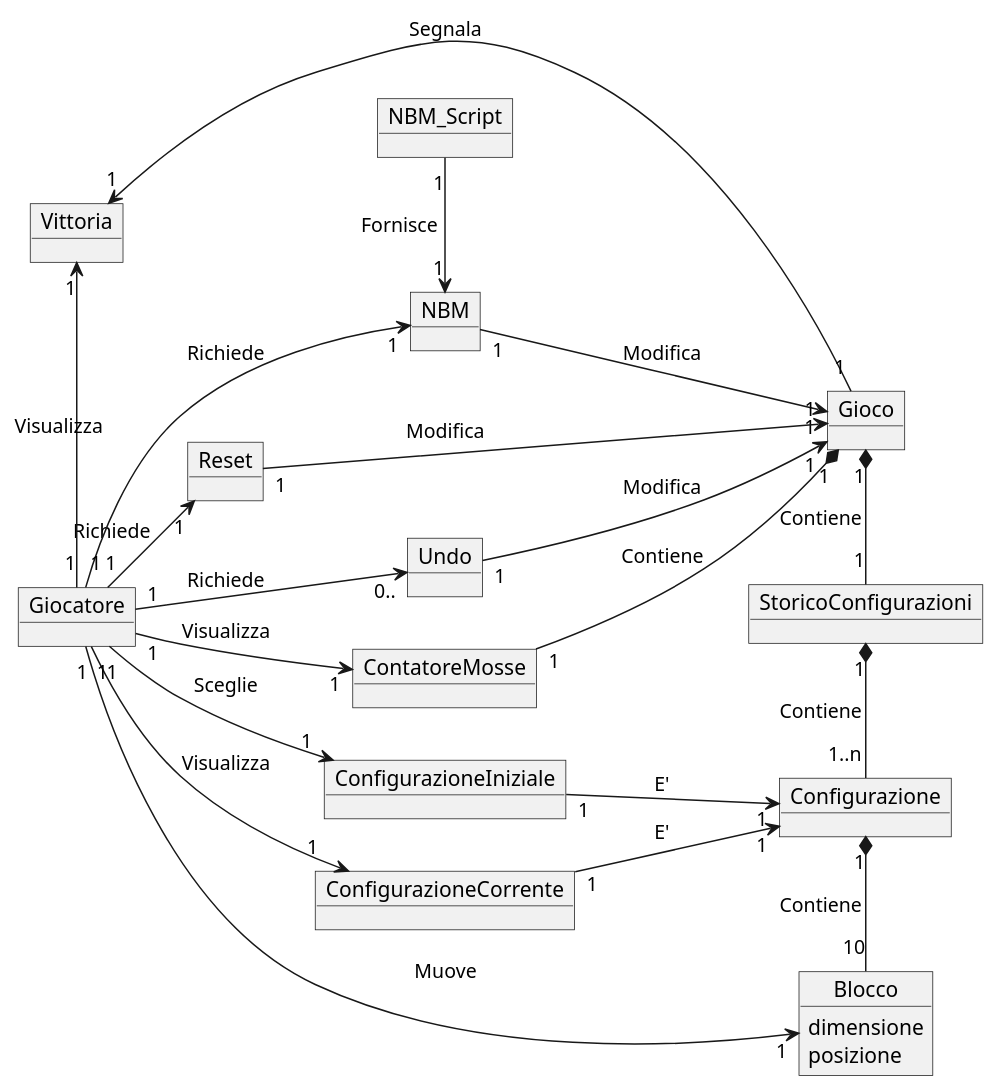
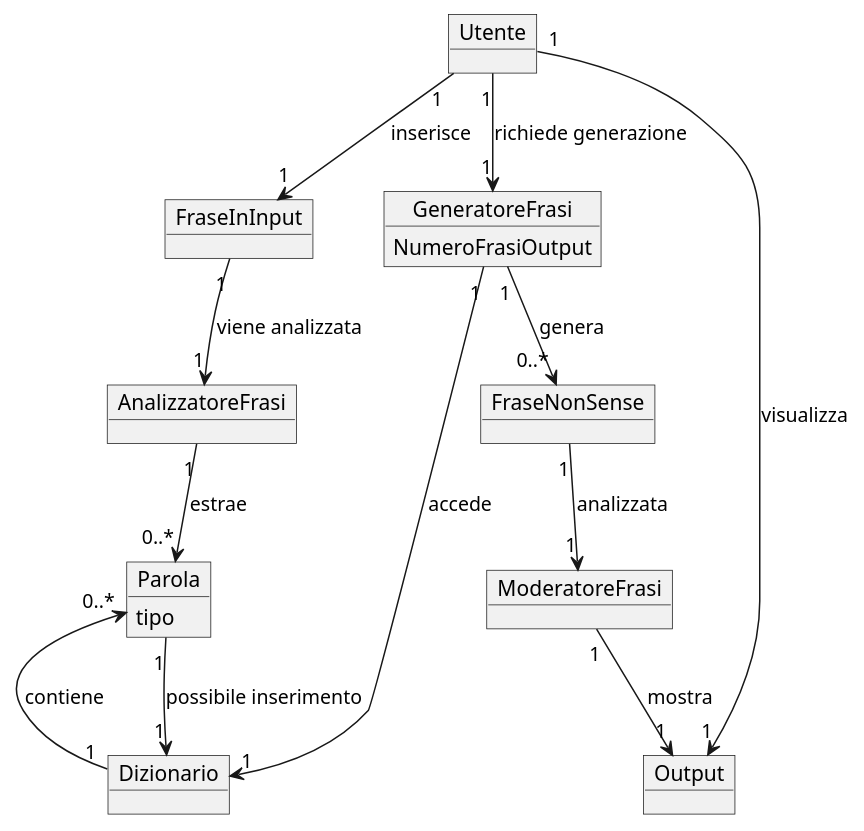
One commit to giuliagirotto/NONSENSE-generator changed the diagram in docs/resources/Domain_Model.md. Above: the diagram before and after it, drawn with PlantUML.

````diff
--- a/docs/resources/Domain_Model.md
+++ b/docs/resources/Domain_Model.md
@@ -5,63 +5,29 @@
 ```plantuml
 @startuml
+object Utente
+object FraseInInput
+object FraseNonSense
+object Dizionario
+object Parola {
+tipo
+}
+object GeneratoreFrasi {
+NumeroFrasiOutput
+}
+object AnalizzatoreFrasi
+object ModeratoreFrasi
+object Output
 
-left to right direction
-object Giocatore
-object Configurazione
-
-object Blocco{
-  dimensione
-  posizione
-}
-
-object Gioco
-object StoricoConfigurazioni
-object NBM_Script
-object NBM
-object Reset
-object Undo
-object ConfigurazioneIniziale
-object ConfigurazioneCorrente
-object ContatoreMosse
-object Vittoria
-
-Giocatore "1" --> "1" ConfigurazioneIniziale : Sceglie
-
-ConfigurazioneIniziale "1" --> "1" Configurazione : E'
-
-Giocatore "1" --> "1" ConfigurazioneCorrente : Visualizza
-
-ConfigurazioneCorrente "1" --> "1" Configurazione : E'
-
-Giocatore "1" --> "1" Blocco : Muove
-
-Configurazione "1" *-right- "10" Blocco : \nContiene\n
-
-StoricoConfigurazioni "1" *-right- "1..n" Configurazione : \nContiene\n
-
-StoricoConfigurazioni "1" -left-* "1" Gioco : \nContiene\n
-
-NBM_Script "1" -right-> "1" NBM : \nFornisce\n
-
-Giocatore "1" -right-> "1" Reset : Richiede
-
-Giocatore "1" -left-> "1" Vittoria : Visualizza
-
-Gioco "1" --> "1" Vittoria : Segnala
-
-Giocatore "1" --> "0.." Undo : Richiede
-
-Giocatore "1" --> "1" NBM : Richiede
-
-NBM "1" -right-> "1" Gioco : Modifica
-
-Giocatore "1" --> "1" ContatoreMosse : Visualizza
-
-ContatoreMosse "1" -down-* "1" Gioco : Contiene
-
-Reset "1" -right-> "1" Gioco : Modifica
-
-Undo "1" --> "1" Gioco : Modifica
-
-@enduml
+Utente "1"--> "1" FraseInInput : inserisce
+Utente "1" --> "1" GeneratoreFrasi : richiede generazione
+FraseInInput "1"--> "1" AnalizzatoreFrasi : viene analizzata
+Dizionario "1" --> "0..*" Parola : contiene
+GeneratoreFrasi  "1"--> "1" Dizionario : accede
+GeneratoreFrasi "1"--> "0..*" FraseNonSense : genera
+AnalizzatoreFrasi "1" --> "0..*" Parola : estrae
+Parola "1"--> "1" Dizionario : possibile inserimento
+FraseNonSense "1"--> "1" ModeratoreFrasi : analizzata
+ModeratoreFrasi "1"--> "1" Output : mostra
+Utente "1" --> "1" Output : visualizza
+@enduml 
 ```
````
